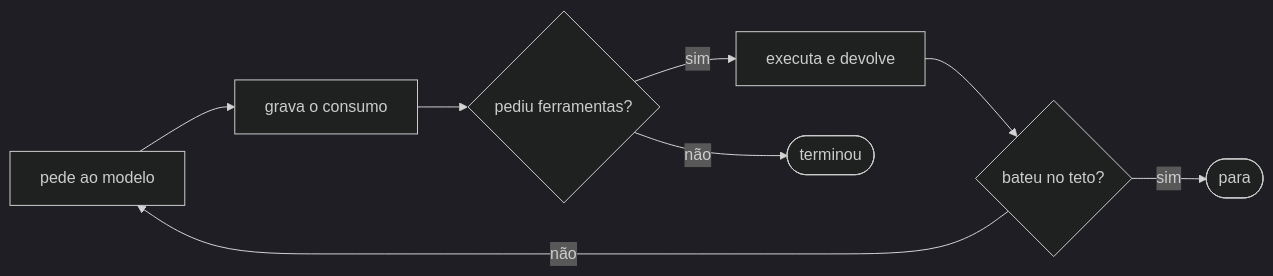
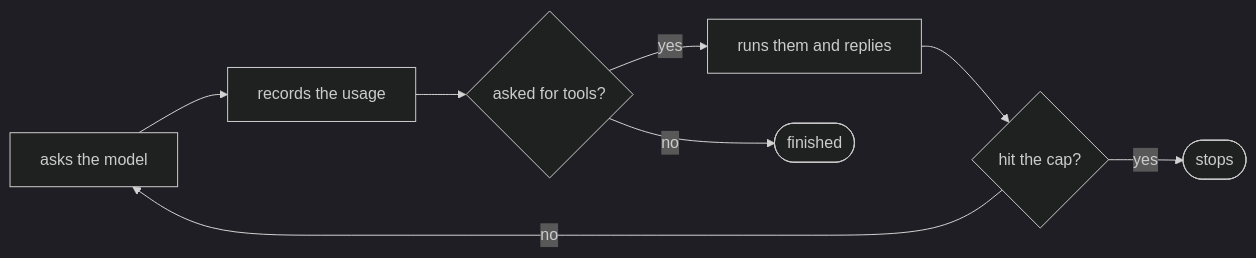
One commit to enzoconsulo/factory-tcc changed the diagram in docs/tasks/en/E3-the-agent-and-its-tools/FAB-304-the-agent-as-a-supervised-process-with-a-call-limi.md. Above: the diagram before and after it, drawn with Mermaid (dark theme). The commit also changed 52 other files, not shown here.

````diff
--- a/docs/tasks/en/E3-the-agent-and-its-tools/FAB-304-the-agent-as-a-supervised-process-with-a-call-limi.md
+++ b/docs/tasks/en/E3-the-agent-and-its-tools/FAB-304-the-agent-as-a-supervised-process-with-a-call-limi.md
@@ -11,10 +11,10 @@
 ```mermaid
 flowchart LR
-  Q["pede ao modelo"] --> U["grava o consumo"]
-  U --> W{"pediu ferramentas?"}
-  W -- "sim" --> T["executa e devolve"]
-  T --> C{"bateu no teto?"}
-  C -- "não" --> Q
-  C -- "sim" --> F(["para"])
-  W -- "não" --> F2(["terminou"])
+  Q["asks the model"] --> U["records the usage"]
+  U --> W{"asked for tools?"}
+  W -- "yes" --> T["runs them and replies"]
+  T --> C{"hit the cap?"}
+  C -- "no" --> Q
+  C -- "yes" --> F(["stops"])
+  W -- "no" --> F2(["finished"])
 ```
````
